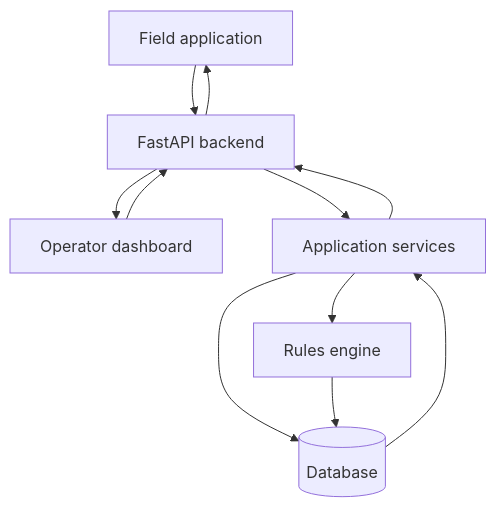
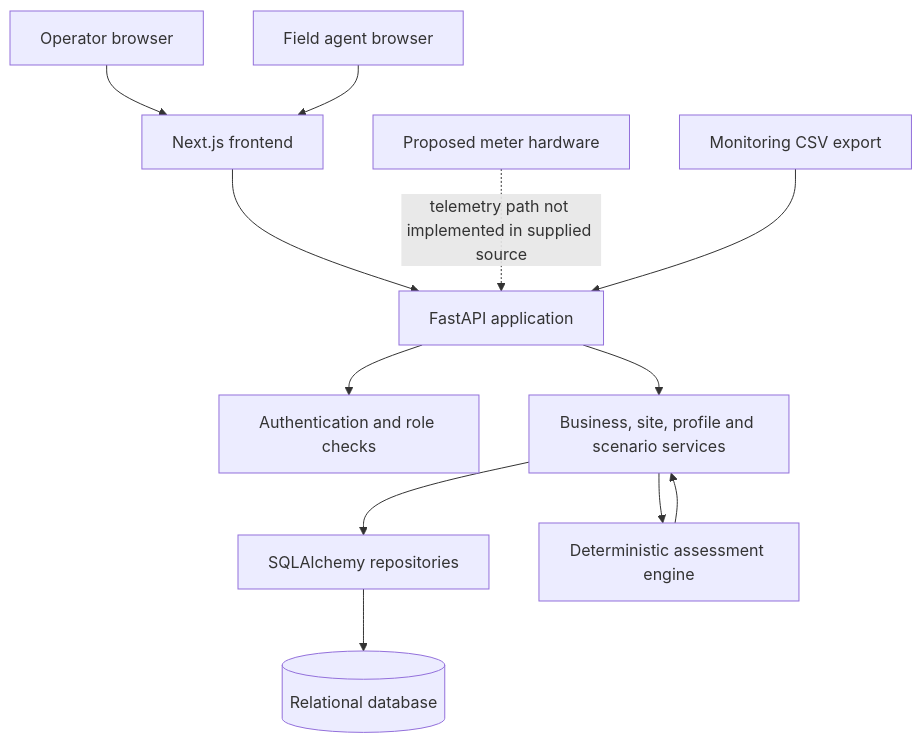
Before and after one commit to akirachix/techara-technical-documentation: the first of 2 diagrams in docs/architecture.md, drawn with Mermaid. The commit also changed other lines of this file and 13 other files, not shown here.

````diff
--- a/docs/architecture.md
+++ b/docs/architecture.md
@@ -53,13 +15,14 @@
 ```mermaid
 flowchart TD
-    A[Field application] --> C[FastAPI backend]
-    B[Operator dashboard] --> C
-    C --> D[Application services]
-    D --> E[Rules engine]
-    D --> F[(Database)]
-    E --> F
-    F --> D
-    D --> C
-    C --> A
-    C --> B
+    OP[Operator browser] --> FE[Next.js frontend]
+    FA[Field agent browser] --> FE
+    FE --> API[FastAPI application]
+    API --> AUTH[Authentication and role checks]
+    API --> SVC[Business, site, profile and scenario services]
+    SVC --> REPO[SQLAlchemy repositories]
+    REPO --> DB[(Relational database)]
+    SVC --> ENGINE[Deterministic assessment engine]
+    ENGINE --> SVC
+    DEVICE[Proposed meter hardware] -. telemetry path not implemented in supplied source .-> API
+    CSV[Monitoring CSV export] --> API
 ```
````
